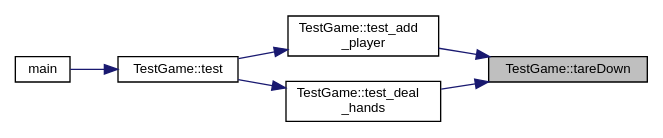
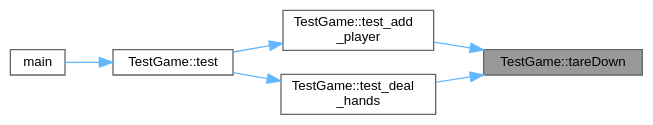
Before and after one commit to jesstyrrell/cosc345: the diagram in class_test_game_a13d625d428905ea6da2d23281f9a26b7_icgraph.dot, drawn with Graphviz. The commit also changed 284 other files, not shown here.

```diff
--- a/class_test_game_a13d625d428905ea6da2d23281f9a26b7_icgraph.dot
+++ b/class_test_game_a13d625d428905ea6da2d23281f9a26b7_icgraph.dot
@@ -1,18 +1,19 @@
 digraph "TestGame::tareDown"
 {
  // INTERACTIVE_SVG=YES
  // LATEX_PDF_SIZE
-  edge [fontname="Helvetica",fontsize="10",labelfontname="Helvetica",labelfontsize="10"];
-  node [fontname="Helvetica",fontsize="10",shape=record];
+  bgcolor="transparent";
+  edge [fontname=Helvetica,fontsize=10,labelfontname=Helvetica,labelfontsize=10];
+  node [fontname=Helvetica,fontsize=10,shape=box,height=0.2,width=0.4];
   rankdir="RL";
-  Node1 [label="TestGame::tareDown",height=0.2,width=0.4,color="black", fillcolor="grey75", style="filled", fontcolor="black",tooltip=" "];
-  Node1 -> Node2 [dir="back",color="midnightblue",fontsize="10",style="solid",fontname="Helvetica"];
-  Node2 [label="TestGame::test_add\l_player",height=0.2,width=0.4,color="black", fillcolor="white", style="filled",URL="$class_test_game.html#a832509695facca8c52d60125268a87c6",tooltip=" "];
-  Node2 -> Node3 [dir="back",color="midnightblue",fontsize="10",style="solid",fontname="Helvetica"];
-  Node3 [label="TestGame::test",height=0.2,width=0.4,color="black", fillcolor="white", style="filled",URL="$class_test_game.html#a482abbabaaa0f7eb7d067c663dde7bae",tooltip=" "];
-  Node3 -> Node4 [dir="back",color="midnightblue",fontsize="10",style="solid",fontname="Helvetica"];
-  Node4 [label="main",height=0.2,width=0.4,color="black", fillcolor="white", style="filled",URL="$test___game_8cpp.html#ae66f6b31b5ad750f1fe042a706a4e3d4",tooltip=" "];
-  Node1 -> Node5 [dir="back",color="midnightblue",fontsize="10",style="solid",fontname="Helvetica"];
-  Node5 [label="TestGame::test_deal\l_hands",height=0.2,width=0.4,color="black", fillcolor="white", style="filled",URL="$class_test_game.html#ac97d4892a0c3798cb39bb96c2155aaea",tooltip=" "];
-  Node5 -> Node3 [dir="back",color="midnightblue",fontsize="10",style="solid",fontname="Helvetica"];
+  Node1 [id="Node000001",label="TestGame::tareDown",height=0.2,width=0.4,color="gray40", fillcolor="grey60", style="filled", fontcolor="black",tooltip=" "];
+  Node1 -> Node2 [id="edge1_Node000001_Node000002",dir="back",color="steelblue1",style="solid",tooltip=" "];
+  Node2 [id="Node000002",label="TestGame::test_add\l_player",height=0.2,width=0.4,color="grey40", fillcolor="white", style="filled",URL="$class_test_game.html#a832509695facca8c52d60125268a87c6",tooltip=" "];
+  Node2 -> Node3 [id="edge2_Node000002_Node000003",dir="back",color="steelblue1",style="solid",tooltip=" "];
+  Node3 [id="Node000003",label="TestGame::test",height=0.2,width=0.4,color="grey40", fillcolor="white", style="filled",URL="$class_test_game.html#a482abbabaaa0f7eb7d067c663dde7bae",tooltip=" "];
+  Node3 -> Node4 [id="edge3_Node000003_Node000004",dir="back",color="steelblue1",style="solid",tooltip=" "];
+  Node4 [id="Node000004",label="main",height=0.2,width=0.4,color="grey40", fillcolor="white", style="filled",URL="$test___game_8cpp.html#ae66f6b31b5ad750f1fe042a706a4e3d4",tooltip=" "];
+  Node1 -> Node5 [id="edge4_Node000001_Node000005",dir="back",color="steelblue1",style="solid",tooltip=" "];
+  Node5 [id="Node000005",label="TestGame::test_deal\l_hands",height=0.2,width=0.4,color="grey40", fillcolor="white", style="filled",URL="$class_test_game.html#ac97d4892a0c3798cb39bb96c2155aaea",tooltip=" "];
+  Node5 -> Node3 [id="edge5_Node000005_Node000003",dir="back",color="steelblue1",style="solid",tooltip=" "];
 }
```
